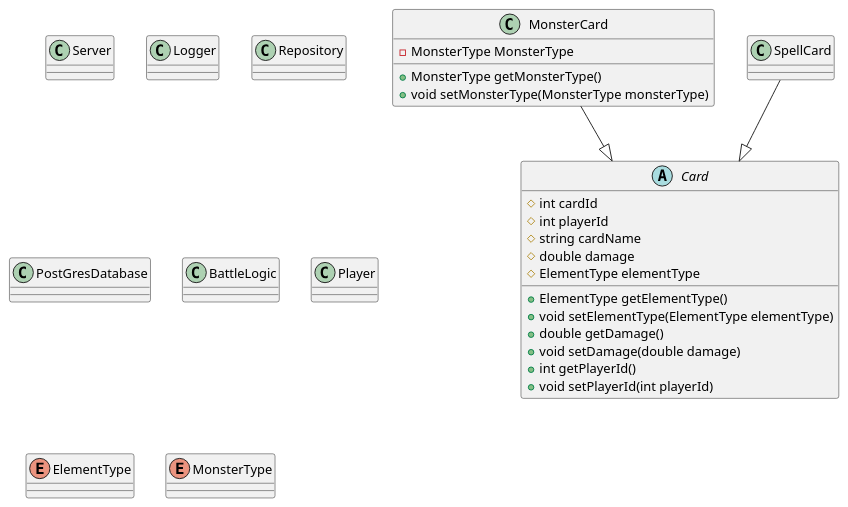
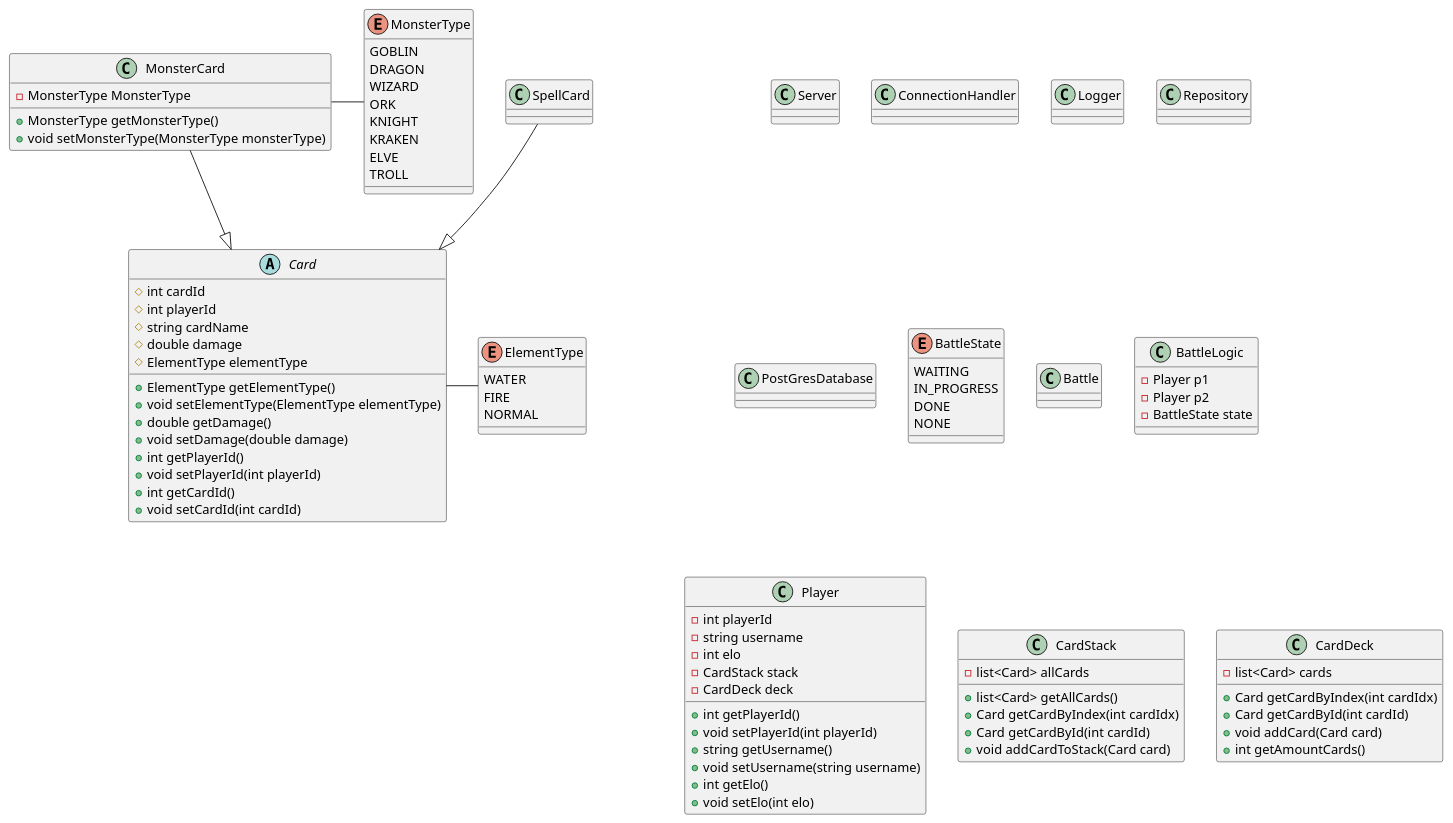
The diagram in UML_MonsterTradingCards.wsd (broteinheit/MonsterTradingCards), drawn with PlantUML before and after one commit. The commit also changed 1 other file, not shown here.

Commit message:
add curl script; add to UML

```diff
--- a/UML_MonsterTradingCards.wsd
+++ b/UML_MonsterTradingCards.wsd
@@ -1,48 +1,118 @@
 @startuml MonsterTradingCards
 class Server
+
+class ConnectionHandler
+
+' Command/Routing still missing
 
 class Logger
 
 class Repository
 
 class PostGresDatabase
 
-class BattleLogic
+enum BattleState {
+    WAITING
+    IN_PROGRESS
+    DONE
+    NONE
+}
 
-class Player
+' How will a battle be done
+
+class Battle
+
+class BattleLogic {
+    -Player p1
+    -Player p2
+    -BattleState state
+
+
+}
+' is Player really necessary?
+class Player {
+    -int playerId
+    -string username
+    -int elo
+    -CardStack stack
+    -CardDeck deck
+
+    +int getPlayerId()
+    +void setPlayerId(int playerId)
+    +string getUsername()
+    +void setUsername(string username)
+    +int getElo()
+    +void setElo(int elo)
+}
+
+class CardStack {
+    -list<Card> allCards
+
+    +list<Card> getAllCards()
+    +Card getCardByIndex(int cardIdx)
+    +Card getCardById(int cardId)
+    +void addCardToStack(Card card)
+}
+
+class CardDeck {
+    -list<Card> cards
+
+    +Card getCardByIndex(int cardIdx)
+    +Card getCardById(int cardId)
+    +void addCard(Card card)
+    +int getAmountCards()
+}
 
 abstract class Card {
     #int cardId
     #int playerId
     #string cardName
     #double damage
     #ElementType elementType
 
     +ElementType getElementType()
     +void setElementType(ElementType elementType)
     +double getDamage()
     +void setDamage(double damage)
     +int getPlayerId()
     +void setPlayerId(int playerId)
+    +int getCardId()
+    +void setCardId(int cardId)
 }
 
-enum ElementType
+enum ElementType {
+    WATER
+    FIRE
+    NORMAL
+}
 
-enum MonsterType
+enum MonsterType {
+    GOBLIN
+    DRAGON
+    WIZARD
+    ORK
+    KNIGHT
+    KRAKEN
+    ELVE
+    TROLL
+}
 
 class MonsterCard {
     -MonsterType MonsterType
 
 
     +MonsterType getMonsterType()
     +void setMonsterType(MonsterType monsterType)
 }
 
 class SpellCard {
 
 }
 
+Card - ElementType
+MonsterCard - MonsterType
 
 MonsterCard --|> Card
 SpellCard --|> Card
+
 @enduml
```
